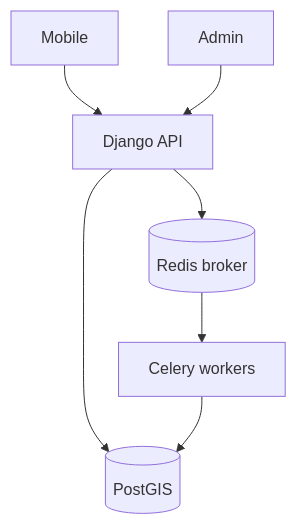
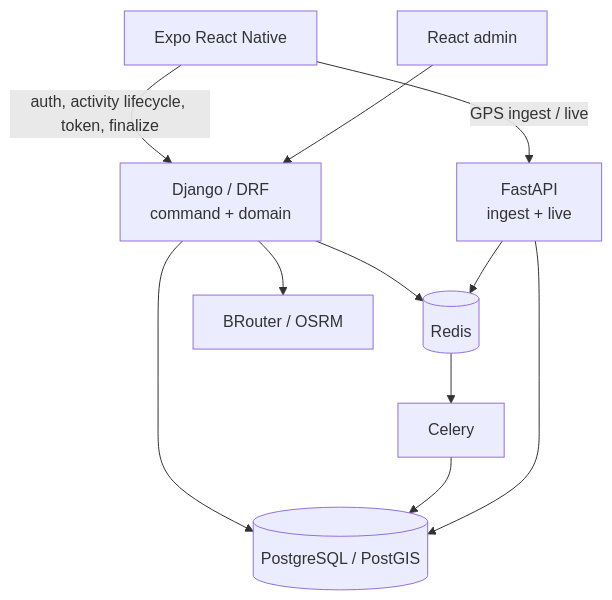
One commit to karnalooch/stunning-pancake changed the first of 4 diagrams in docs/pl/diagrams/architecture_c4.md. Above: the diagram before and after it, drawn with Mermaid. The commit also changed other lines of this file and 15 other files, not shown here.

Commit message:
docs(architecture): reconcile SSOT after red-team (#394)

````diff
--- a/docs/pl/diagrams/architecture_c4.md
+++ b/docs/pl/diagrams/architecture_c4.md
@@ -17,9 +18,22 @@
 ```mermaid
 flowchart TB
-  Mobile[Mobile] --> API[Django API]
-  Admin[Admin] --> API
-  API --> DB[(PostGIS)]
-  API --> Redis[(Redis broker)]
-  Redis --> Workers[Celery workers]
-  Workers --> DB
+  Mobile[Expo React Native]
+  Admin[React admin]
+  Django[Django / DRF\ncommand + domain]
+  Tel[FastAPI\ningest + live]
+  Celery[Celery]
+  DB[(PostgreSQL / PostGIS)]
+  Redis[(Redis)]
+  Routing[BRouter / OSRM]
+
+  Mobile -->|auth, activity lifecycle, token, finalize| Django
+  Mobile -->|GPS ingest / live| Tel
+  Admin --> Django
+  Django --> DB
+  Django --> Redis
+  Redis --> Celery
+  Celery --> DB
+  Tel --> DB
+  Tel --> Redis
+  Django --> Routing
 ```
````
